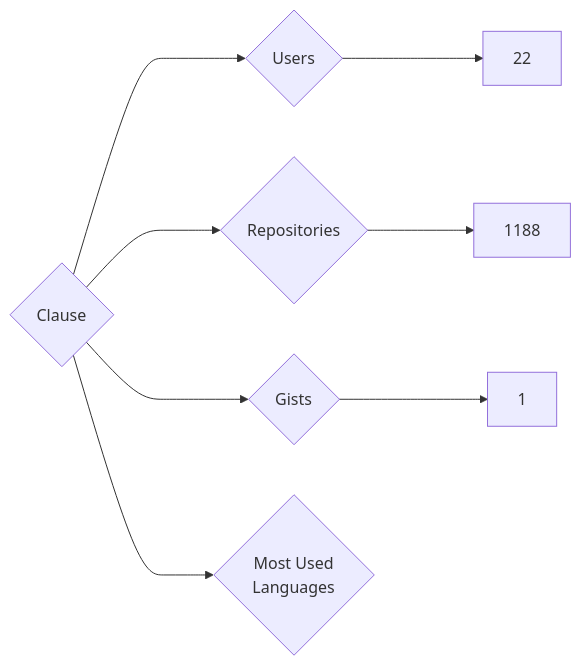
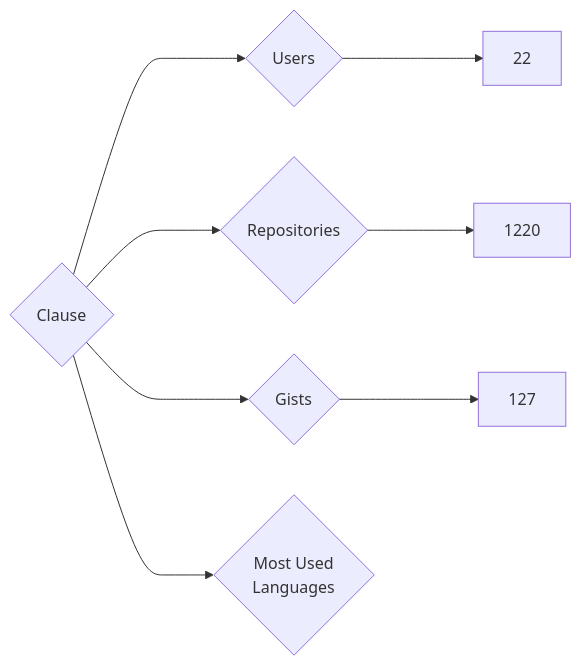
Before and after one commit to nenadzaric/insiders: the diagram in targets/Clause/README.md, drawn with Mermaid. The commit also changed 1342 other files, not shown here.

````diff
--- a/targets/Clause/README.md
+++ b/targets/Clause/README.md
@@ -3,8 +3,8 @@
 ```mermaid
 graph LR
 COMPANY_NAME{Clause}
 COMPANY_NAME ---> U{Users} ---> UN[22]
-COMPANY_NAME ---> R{Repositories} ---> RN[1188]
-COMPANY_NAME ---> G{Gists} ---> GN[1]
+COMPANY_NAME ---> R{Repositories} ---> RN[1220]
+COMPANY_NAME ---> G{Gists} ---> GN[127]
 COMPANY_NAME ---> ML{Most Used<br>Languages}
 ```
````
